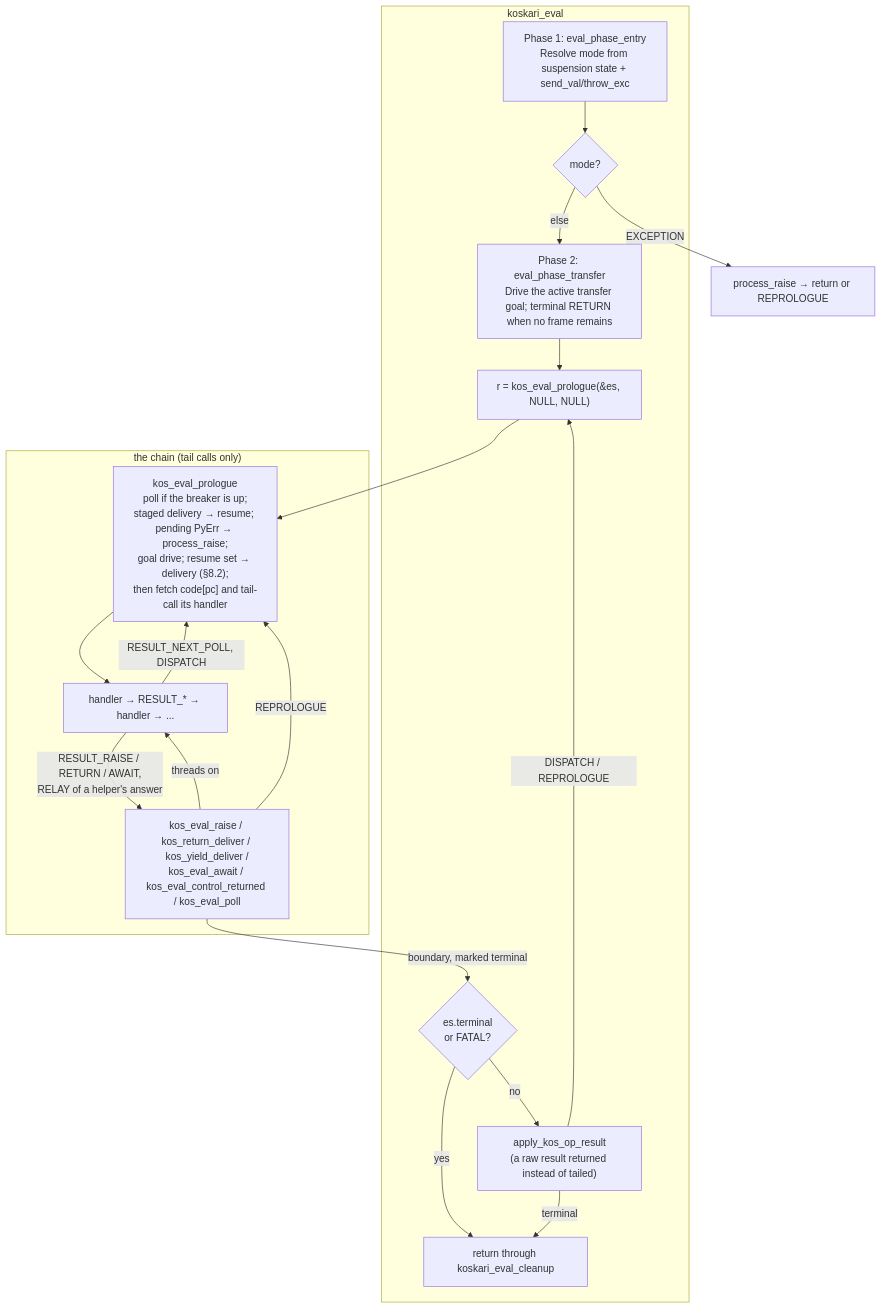
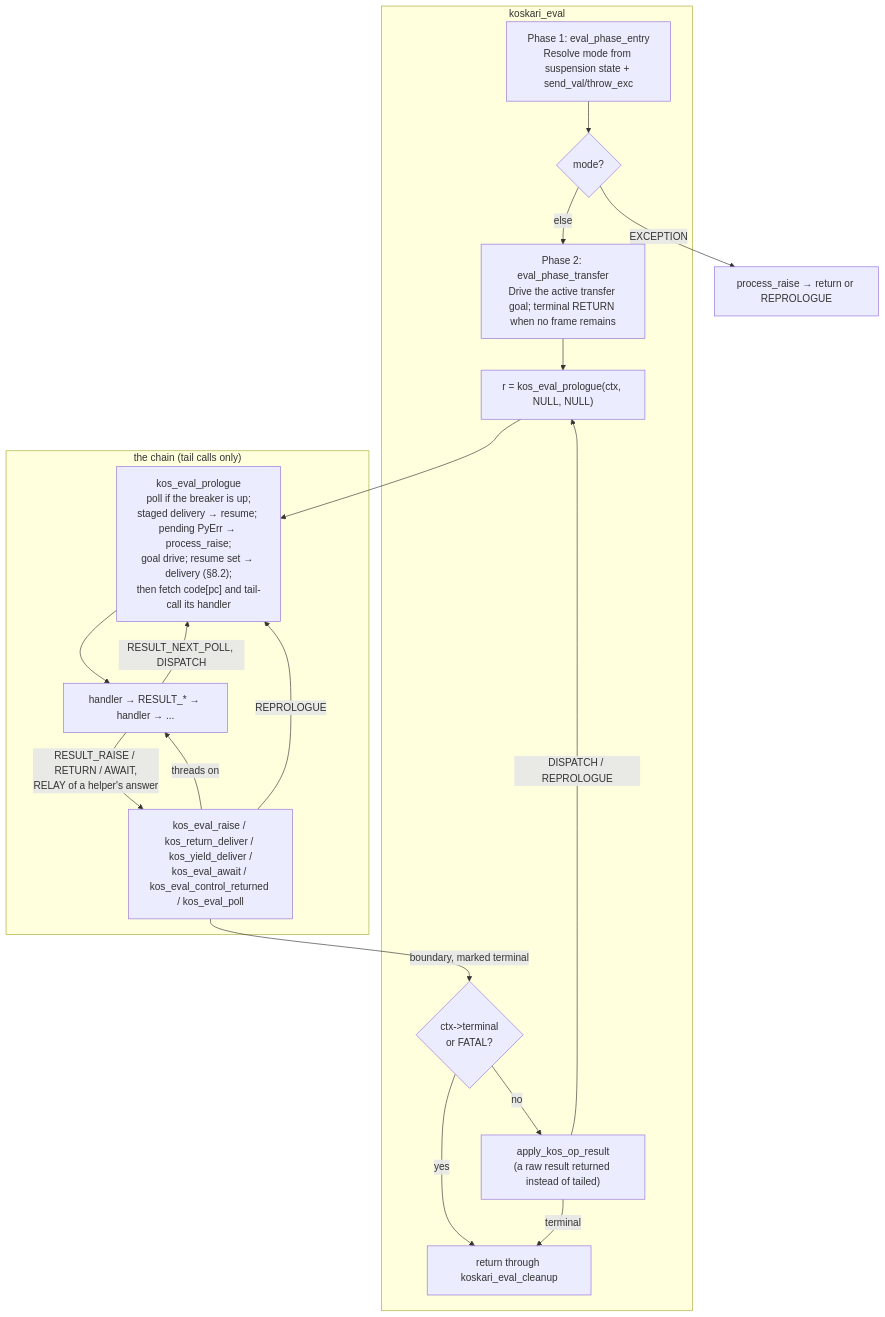
Before and after one commit to koskari-lang/koskari: the first of 12 diagrams in design/EVALUATOR.md, drawn with Mermaid. The commit also changed other lines of this file and 433 other files, not shown here.

First line of the commit message:
Remove KosEvalState; KosContext is the one running record

````diff
--- a/design/EVALUATOR.md
+++ b/design/EVALUATOR.md
@@ -41,33 +41,33 @@
 ```mermaid
 flowchart TD
     subgraph koskari_eval["koskari_eval"]
         P1["Phase 1: eval_phase_entry<br/>Resolve mode from suspension state + send_val/throw_exc"]
         mode_check{"mode?"}
         P2["Phase 2: eval_phase_transfer<br/>Drive the active transfer goal; terminal RETURN when no frame remains"]
-        Call["r = kos_eval_prologue(&es, NULL, NULL)"]
-        Term{"es.terminal<br/>or FATAL?"}
+        Call["r = kos_eval_prologue(ctx, NULL, NULL)"]
+        Term{"ctx->terminal<br/>or FATAL?"}
         Fallback["apply_kos_op_result<br/>(a raw result returned instead of tailed)"]
         Out["return through koskari_eval_cleanup"]
     end
 
     subgraph chain["the chain (tail calls only)"]
         Pro["kos_eval_prologue<br/>poll if the breaker is up;<br/>staged delivery → resume; pending PyErr → process_raise;<br/>goal drive; resume set → delivery (§8.2);<br/>then fetch code[pc] and tail-call its handler"]
         Handlers["handler → RESULT_* → handler → ..."]
         Events["kos_eval_raise / kos_return_deliver / kos_yield_deliver /<br/>kos_eval_await / kos_eval_control_returned / kos_eval_poll"]
     end
 
     P1 --> mode_check
     mode_check -->|"EXCEPTION"| process_raise_1["process_raise → return or REPROLOGUE"]
     mode_check -->|"else"| P2
     P2 --> Call --> Pro
     Pro --> Handlers
     Handlers -->|"RESULT_RAISE / RETURN / AWAIT,<br/>RELAY of a helper's answer"| Events
     Events -->|"threads on"| Handlers
     Events -->|"REPROLOGUE"| Pro
     Handlers -->|"RESULT_NEXT_POLL, DISPATCH"| Pro
     Events -->|"boundary, marked terminal"| Term
     Term -->|yes| Out
     Term -->|no| Fallback
     Fallback -->|"DISPATCH / REPROLOGUE"| Call
     Fallback -->|terminal| Out
 ```
````
